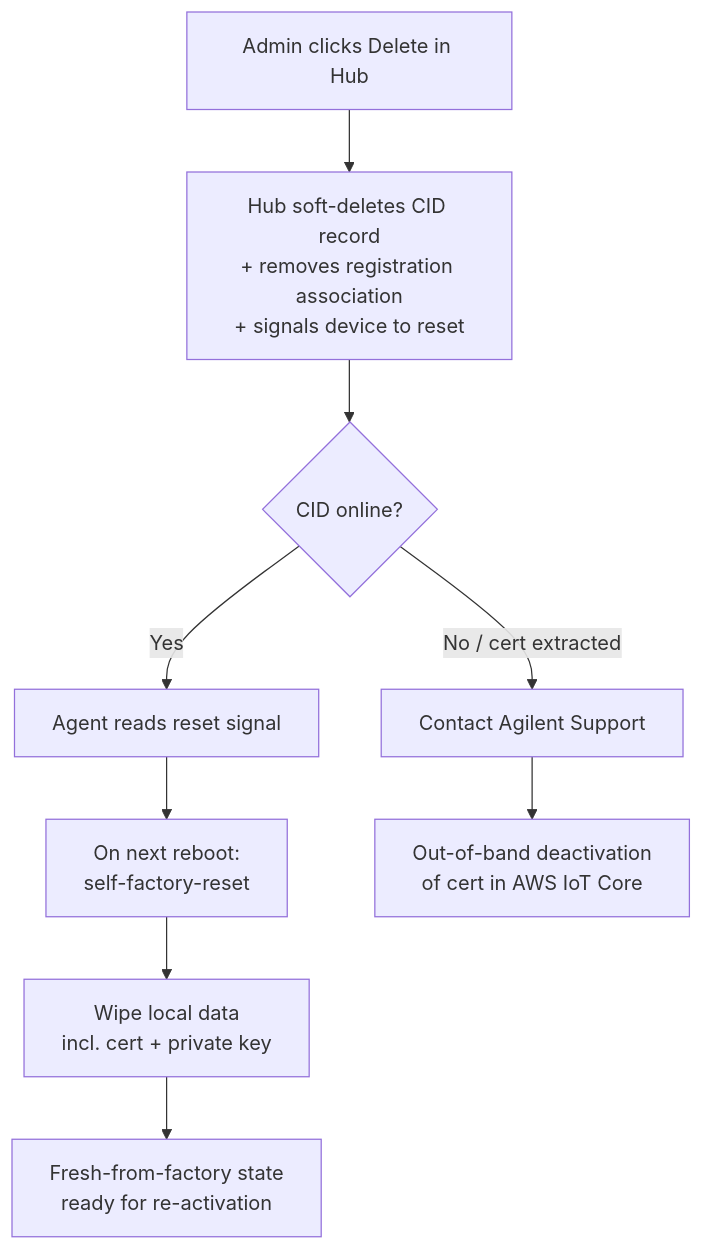
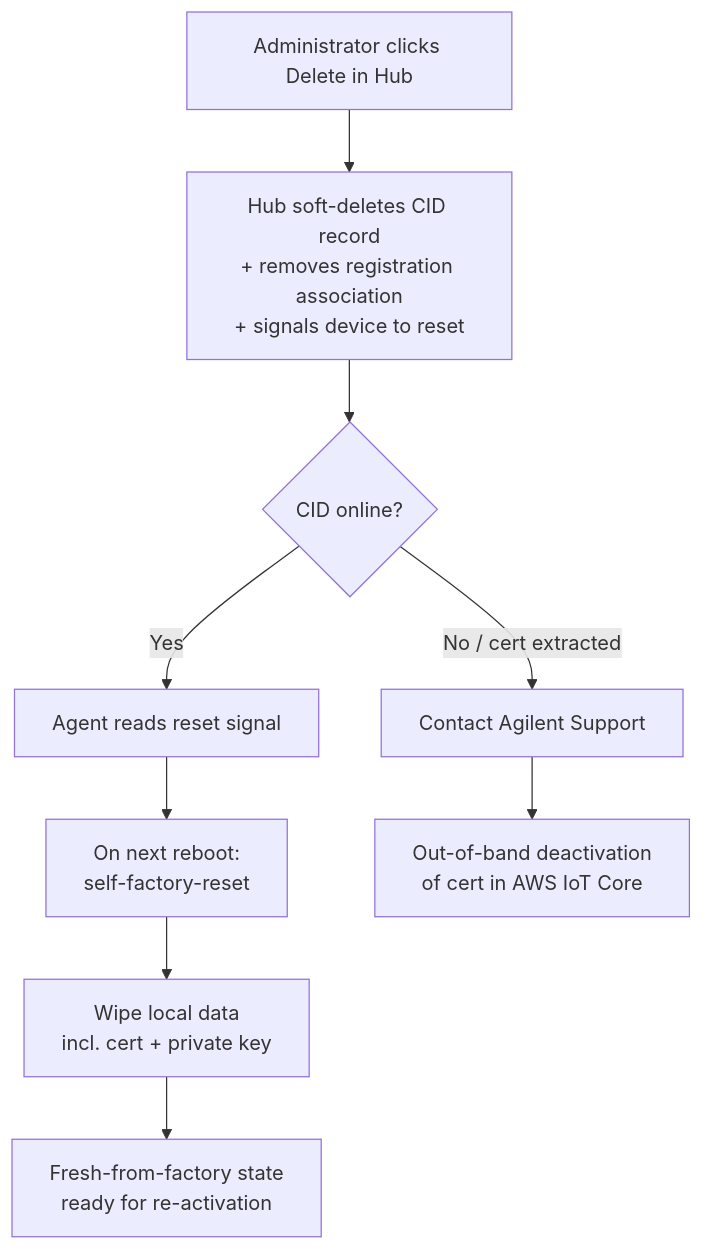
The second of 3 diagrams in docs/security/security-model.md (bheemboy/cid-docs), drawn with Mermaid before and after one commit. The commit also changed other lines of this file and 1 other file, not shown here.

````diff
--- a/docs/security/security-model.md
+++ b/docs/security/security-model.md
@@ -113,11 +113,11 @@
 ```mermaid
 flowchart TD
-    A[Admin clicks Delete in Hub] --> B[Hub soft-deletes CID record<br/>+ removes registration association<br/>+ signals device to reset]
+    A[Administrator clicks Delete in Hub] --> B[Hub soft-deletes CID record<br/>+ removes registration association<br/>+ signals device to reset]
     B --> C{CID online?}
     C -->|Yes| D[Agent reads reset signal]
     D --> E[On next reboot:<br/>self-factory-reset]
     E --> F[Wipe local data<br/>incl. cert + private key]
     F --> G[Fresh-from-factory state<br/>ready for re-activation]
     C -->|No / cert extracted| H[Contact Agilent Support]
     H --> I[Out-of-band deactivation<br/>of cert in AWS IoT Core]
 ```
````
